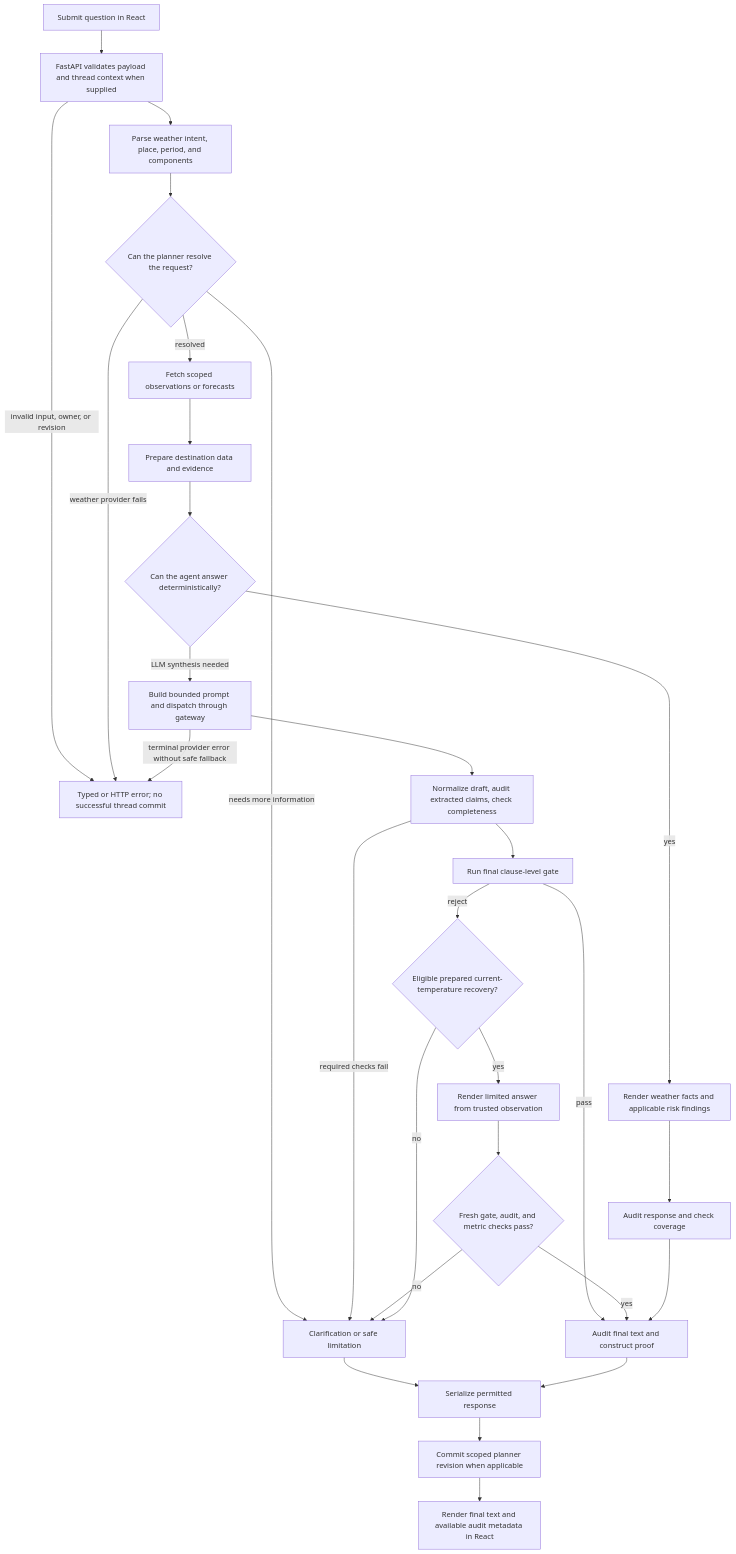
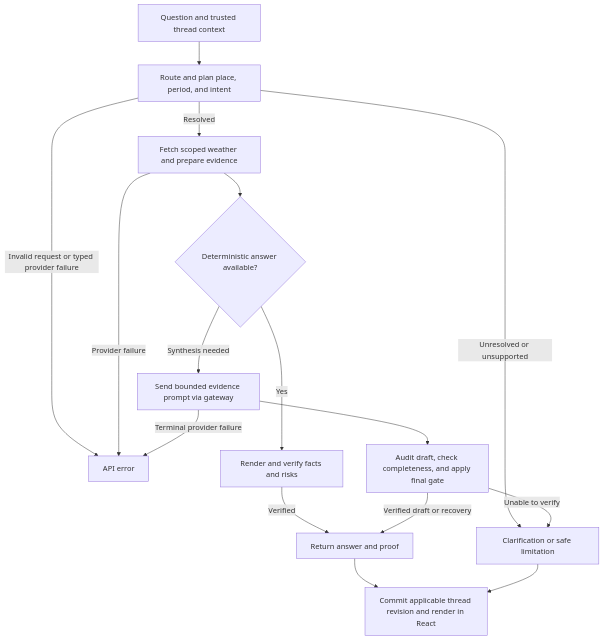
The second of 5 diagrams in README.md (TaruneshM/Sky-Reader), drawn with Mermaid before and after one commit. The commit also changed other lines of this file, not shown here.

````diff
--- a/README.md
+++ b/README.md
@@ -80,31 +71,18 @@
 ```mermaid
-flowchart TD
-    A["Submit question in React"] --> B["FastAPI validates payload and thread context when supplied"]
-    B -->|"invalid input, owner, or revision"| X["Typed or HTTP error; no successful thread commit"]
-    B --> C["Parse weather intent, place, period, and components"]
-    C --> D{"Can the planner resolve the request?"}
-    D -->|"needs more information"| L["Clarification or safe limitation"]
-    D -->|"weather provider fails"| X
-    D -->|"resolved"| E["Fetch scoped observations or forecasts"]
-    E --> F["Prepare destination data and evidence"]
-    F --> G{"Can the agent answer deterministically?"}
-    G -->|"yes"| H["Render weather facts and applicable risk findings"]
-    H --> I["Audit response and check coverage"]
-    G -->|"LLM synthesis needed"| J["Build bounded prompt and dispatch through gateway"]
-    J -->|"terminal provider error without safe fallback"| X
-    J --> K["Normalize draft, audit extracted claims, check completeness"]
-    K -->|"required checks fail"| L
-    K --> M["Run final clause-level gate"]
-    M -->|"pass"| N["Audit final text and construct proof"]
-    M -->|"reject"| O{"Eligible prepared current-temperature recovery?"}
-    O -->|"yes"| P["Render limited answer from trusted observation"]
-    P --> Q{"Fresh gate, audit, and metric checks pass?"}
-    Q -->|"yes"| N
-    Q -->|"no"| L
-    O -->|"no"| L
-    I --> N
-    L --> R["Serialize permitted response"]
-    N --> R
-    R --> S["Commit scoped planner revision when applicable"]
-    S --> T["Render final text and available audit metadata in React"]
+flowchart TB
+    Q["Question and trusted thread context"] --> P["Route and plan place, period, and intent"]
+    P -->|"Unresolved or unsupported"| S["Clarification or safe limitation"]
+    P -->|"Invalid request or typed provider failure"| X["API error"]
+    P -->|"Resolved"| W["Fetch scoped weather and prepare evidence"]
+    W -->|"Provider failure"| X
+    W --> D{"Deterministic answer available?"}
+    D -->|"Yes"| F["Render and verify facts and risks"]
+    D -->|"Synthesis needed"| M["Send bounded evidence prompt via gateway"]
+    M -->|"Terminal provider failure"| X
+    M --> V["Audit draft, check completeness, and apply final gate"]
+    F -->|"Verified"| R["Return answer and proof"]
+    V -->|"Verified draft or recovery"| R
+    V -->|"Unable to verify"| S
+    R --> T["Commit applicable thread revision and render in React"]
+    S --> T
 ```
````
